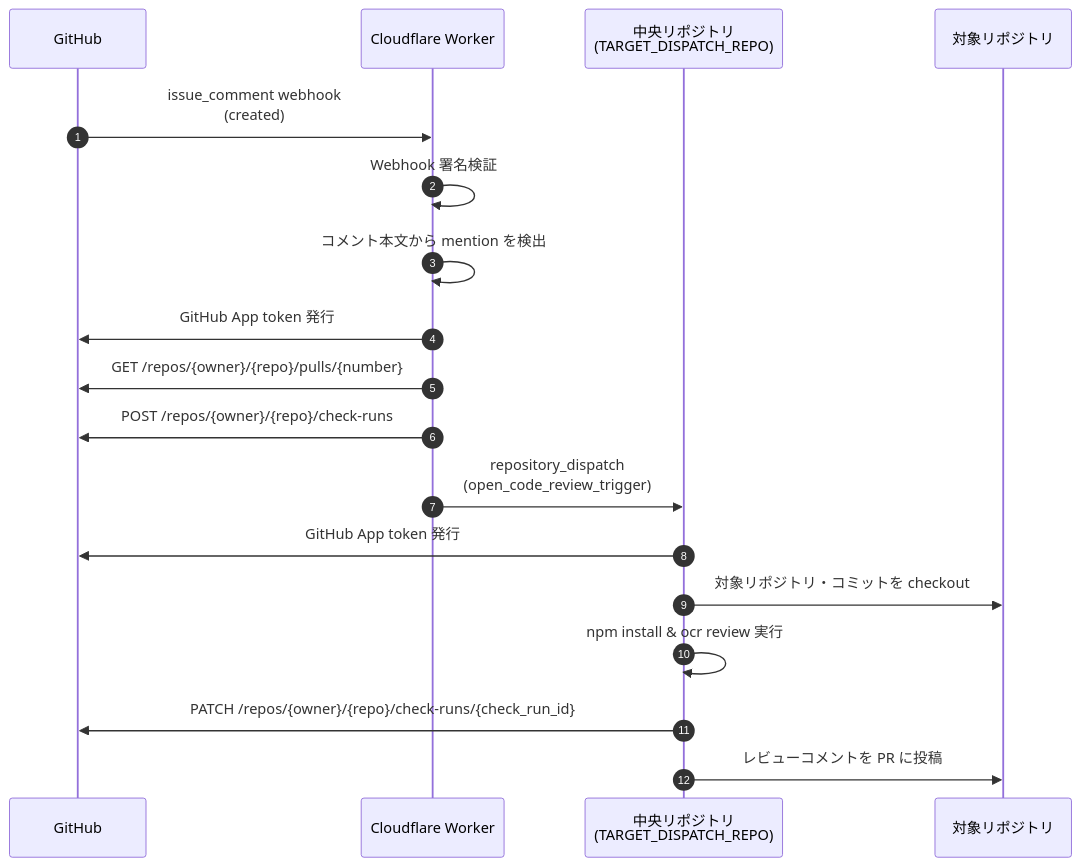
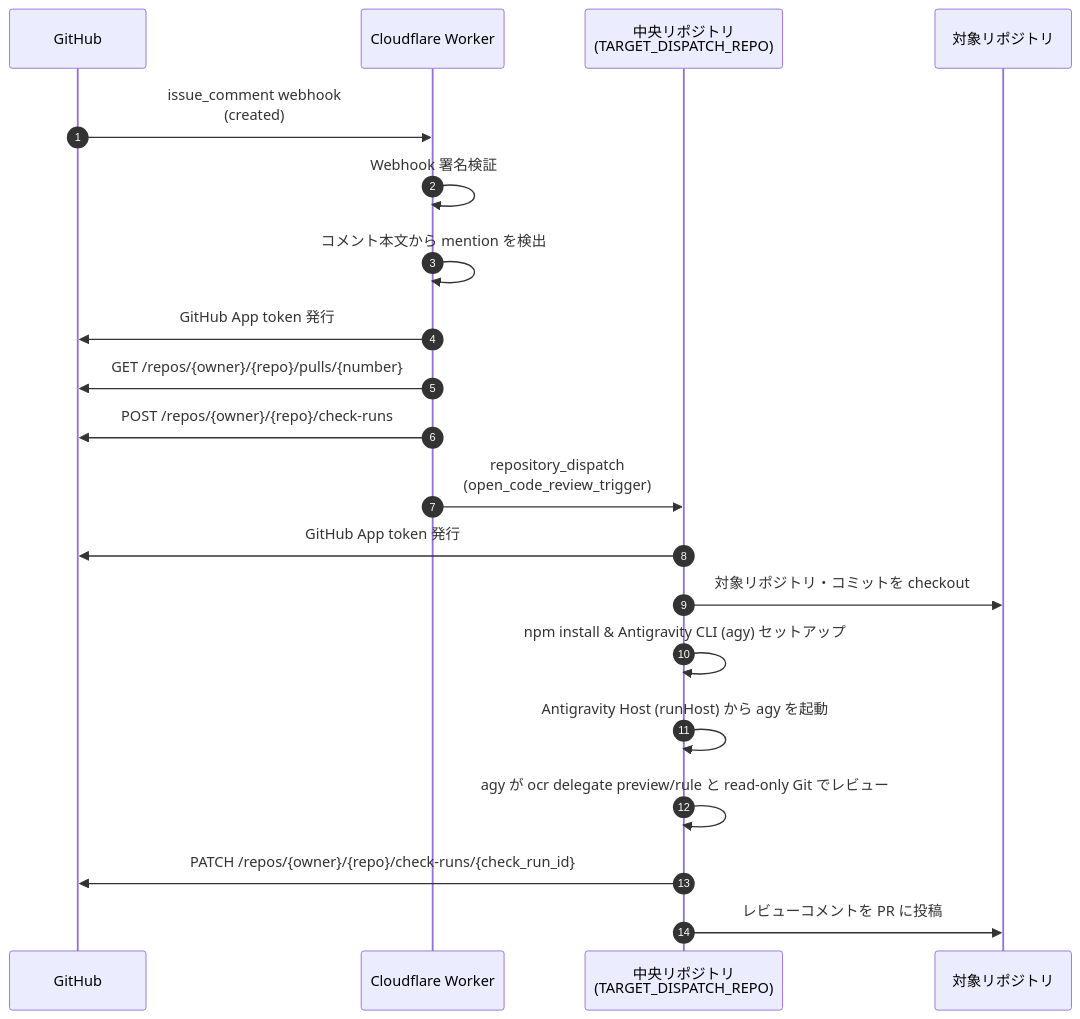
The second of 2 diagrams in README.md (yohi/ocr-app), drawn with Mermaid before and after one commit. The commit also changed other lines of this file and 7 other files, not shown here.

````diff
--- a/README.md
+++ b/README.md
@@ -90,21 +94,23 @@
 ```mermaid
 sequenceDiagram
     autonumber
     participant GH as GitHub
     participant CW as Cloudflare Worker
     participant CR as 中央リポジトリ<br/>(TARGET_DISPATCH_REPO)
     participant TR as 対象リポジトリ
 
     GH->>CW: issue_comment webhook<br/>(created)
     CW->>CW: Webhook 署名検証
     CW->>CW: コメント本文から mention を検出
     CW->>GH: GitHub App token 発行
     CW->>GH: GET /repos/{owner}/{repo}/pulls/{number}
     CW->>GH: POST /repos/{owner}/{repo}/check-runs
     CW->>CR: repository_dispatch<br/>(open_code_review_trigger)
     CR->>GH: GitHub App token 発行
     CR->>TR: 対象リポジトリ・コミットを checkout
-    CR->>CR: npm install & ocr review 実行
+    CR->>CR: npm install & Antigravity CLI (agy) セットアップ
+    CR->>CR: Antigravity Host (runHost) から agy を起動
+    CR->>CR: agy が ocr delegate preview/rule と read-only Git でレビュー
     CR->>GH: PATCH /repos/{owner}/{repo}/check-runs/{check_run_id}
     CR->>TR: レビューコメントを PR に投稿
 ```
````
